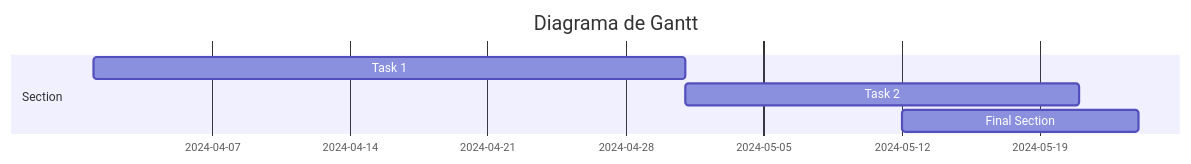
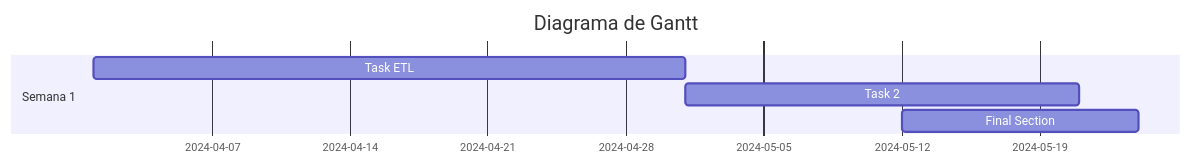
Before and after one commit to Beth-94/testmermaid: the diagram in README.md, drawn with Mermaid.

````diff
--- a/README.md
+++ b/README.md
@@ -8,11 +8,11 @@
 ```mermaid
 gantt
     title Diagrama de Gantt 
 
-    section Section
-    Task 1           :a1, 2024-04-01, 30d
+    section Semana 1
+    Task ETL           :a1, 2024-04-01, 30d
     Task 2           :after a1  , 20d
     Final Section    : 2024-05-12  , 12d
 
 
 ```
````
